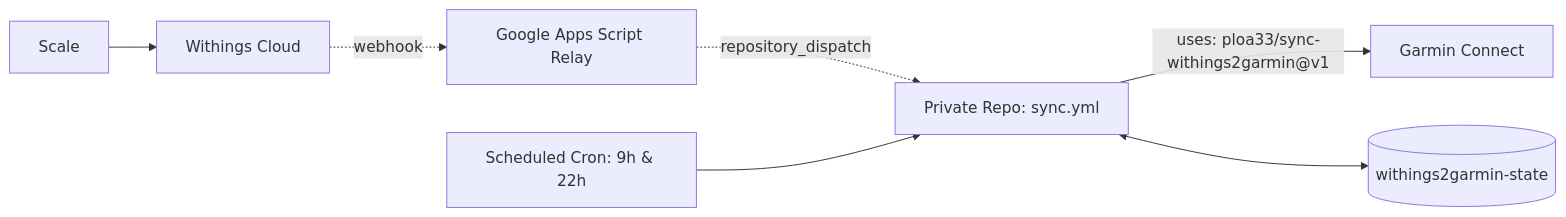
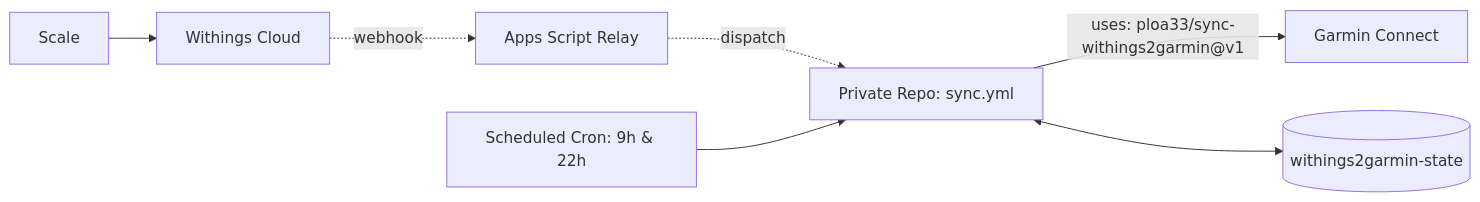
Before and after one commit to actions-marketplace-validations/ploa33_sync-withings2garmin: the diagram in README.md, drawn with Mermaid. The commit also changed other lines of this file and 4 other files, not shown here.

````diff
--- a/README.md
+++ b/README.md
@@ -161,8 +109,8 @@
 ```mermaid
 flowchart LR
   S[Scale] --> W[Withings Cloud]
-  W -. webhook .-> G[Google Apps Script Relay] -. repository_dispatch .-> A[Private Repo: sync.yml]
+  W -. webhook .-> G[Apps Script Relay] -. dispatch .-> A[Private Repo: sync.yml]
   C[Scheduled Cron: 9h & 22h] --> A
   A -- uses: ploa33/sync-withings2garmin@v1 --> M[Garmin Connect]
   A <--> B[(withings2garmin-state)]
 ```
````
